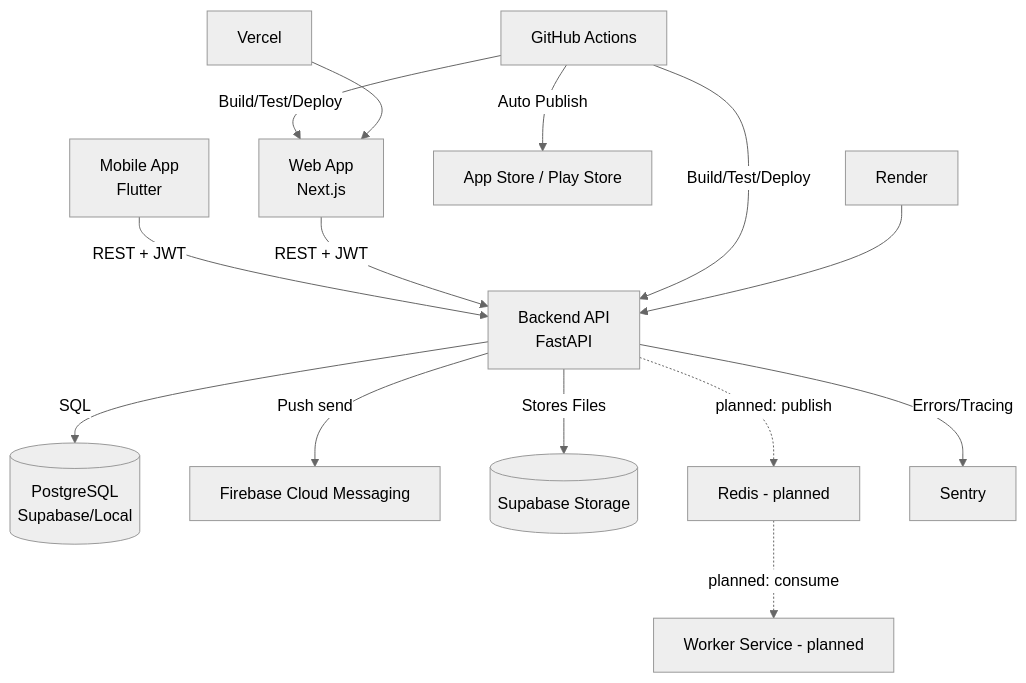
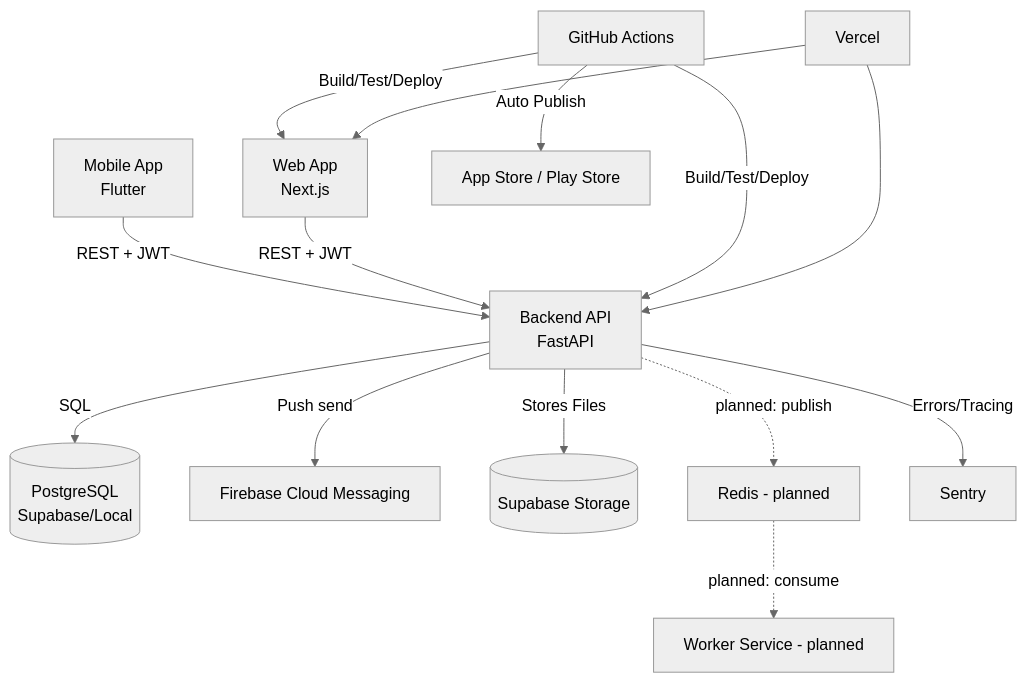
One commit to namphuongtran/familyroots changed the diagram in docs/architecture/overview.md. Above: the diagram before and after it, drawn with Mermaid (neutral theme). The commit also changed 21 other files, not shown here.

````diff
--- a/docs/architecture/overview.md
+++ b/docs/architecture/overview.md
@@ -12,16 +12,16 @@
 ```mermaid
 flowchart TD
        M[Mobile App\nFlutter] -->|REST + JWT| B[Backend API\nFastAPI]
        W[Web App\nNext.js] -->|REST + JWT| B
        B -->|SQL| DB[(PostgreSQL\nSupabase/Local)]
        B -->|Push send| FCM[Firebase Cloud Messaging]
        B -->|Stores Files| STOR[(Supabase Storage)]
        B -.->|planned: publish| REDIS[Redis - planned]
        REDIS -.->|planned: consume| WRK[Worker Service - planned]
        B -->|Errors/Tracing| SEN[Sentry]
        GH[GitHub Actions] -->|Build/Test/Deploy| B
        GH -->|Build/Test/Deploy| W
        GH -->|Auto Publish| M_STORES[App Store / Play Store]
-       R[Render] --> B
-       V[Vercel] --> W
+       V[Vercel] --> B
+       V --> W
 ```
````
